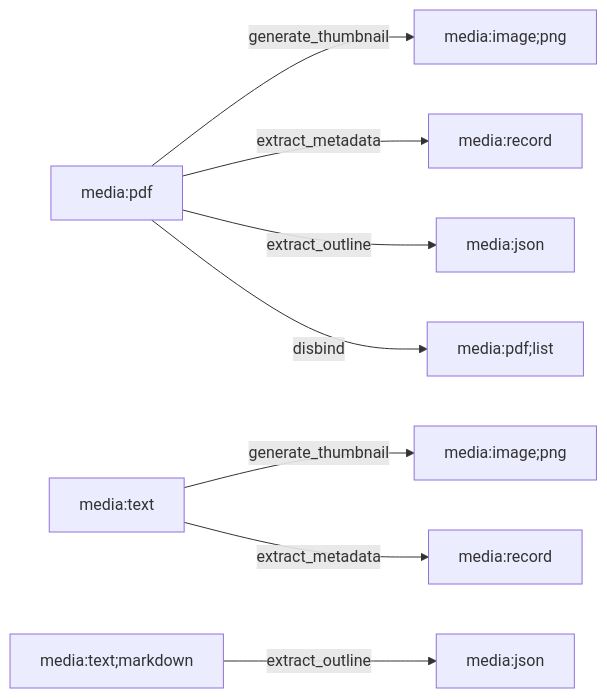
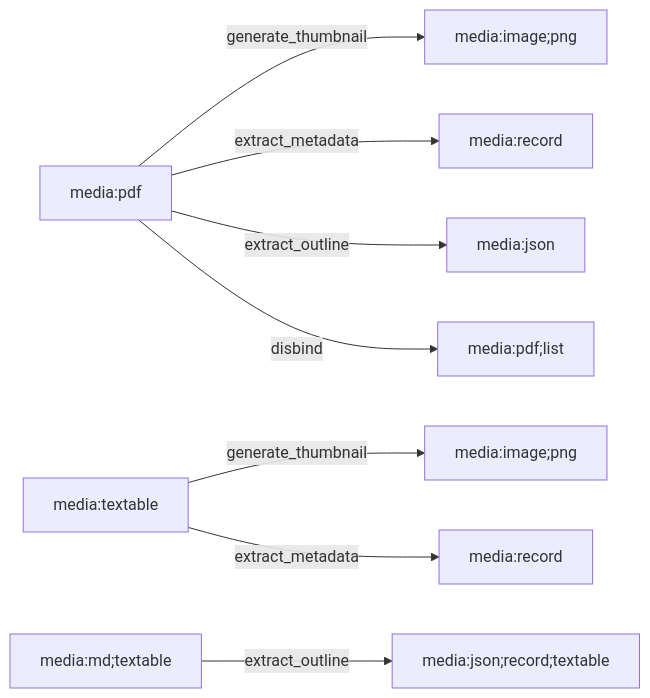
The diagram in docs/16.4-content-cartridges.md (machinefabric/capdag), drawn with Mermaid before and after one commit. The commit also changed 15 other files, not shown here.

Commit message:
Update documentation to replace 'media:object' with 'media:record' and 'media:text' with 'media:textable' across multiple files for consistency in media URN usage.

````diff
--- a/docs/16.4-content-cartridges.md
+++ b/docs/16.4-content-cartridges.md
@@ -25,11 +25,11 @@
 ```mermaid
 graph LR
     PDF["media:pdf"] -->|generate_thumbnail| IMG["media:image;png"]
     PDF -->|extract_metadata| REC["media:record"]
     PDF -->|extract_outline| JSON["media:json"]
     PDF -->|disbind| LIST["media:pdf;list"]
 
-    TXT["media:text"] -->|generate_thumbnail| IMG2["media:image;png"]
+    TXT["media:textable"] -->|generate_thumbnail| IMG2["media:image;png"]
     TXT -->|extract_metadata| REC2["media:record"]
-    MD["media:text;markdown"] -->|extract_outline| JSON2["media:json"]
+    MD["media:md;textable"] -->|extract_outline| JSON2["media:json;record;textable"]
 ```
````
